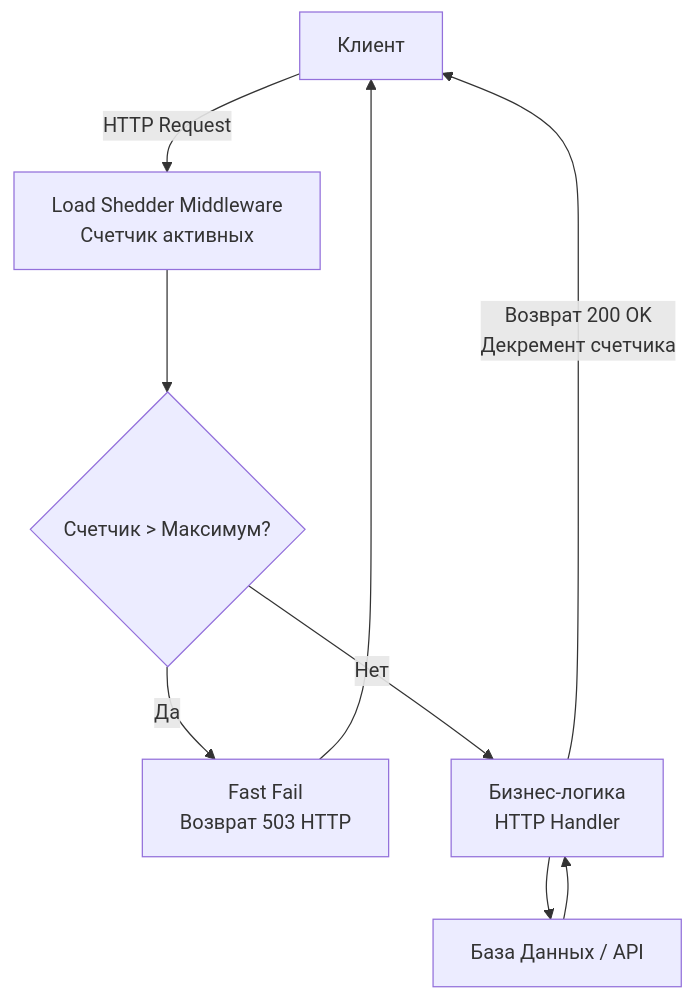
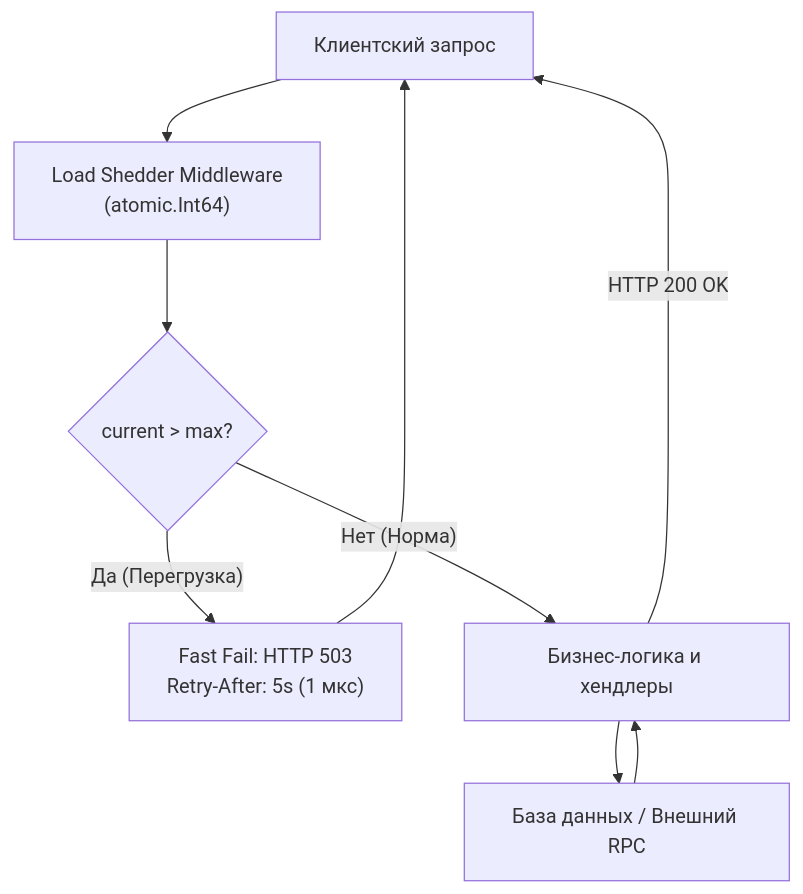
Before and after one commit to UnrealTemplier/go-textbook: the second of 2 diagrams in sources/14. Распределенные системы на Go/05. Надежность/5. Load shedding.md, drawn with Mermaid. The commit also changed other lines of this file, not shown here.

Commit message:
feat(module-14): editorial rewrite of lecture 5 (Load shedding) in Subsection 5 in Kernighan style

````diff
--- a/sources/14. Распределенные системы на Go/05. Надежность/5. Load shedding.md
+++ b/sources/14. Распределенные системы на Go/05. Надежность/5. Load shedding.md
@@ -102,14 +124,13 @@
 ```mermaid
 flowchart TD
-    Client["Клиент"] -->|"HTTP Request"| LS["Load Shedder Middleware<br>Счетчик активных"]
+    Client["Клиентский запрос"] --> LS["Load Shedder Middleware<br/>(atomic.Int64)"]
+    LS --> Limit{"current > max?"}
     
-    LS --> Check{"Счетчик > Максимум?"}
-    
-    Check -->|Да| Drop["Fast Fail<br>Возврат 503 HTTP"]
+    Limit -->|"Да (Перегрузка)"| Drop["Fast Fail: HTTP 503<br/>Retry-After: 5s (1 мкс)"]
     Drop --> Client
     
-    Check -->|Нет| Handler["Бизнес-логика<br>HTTP Handler"]
-    Handler --> DB["База Данных / API"]
-    DB --> Handler
-    Handler -->|Возврат 200 OK<br>Декремент счетчика| Client
+    Limit -->|"Нет (Норма)"| Business["Бизнес-логика и хендлеры"]
+    Business --> DB["База данных / Внешний RPC"]
+    DB --> Business
+    Business -->|"HTTP 200 OK"| Client
 ```
````
